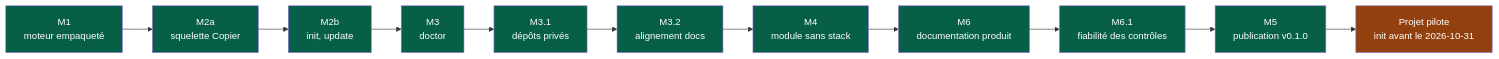
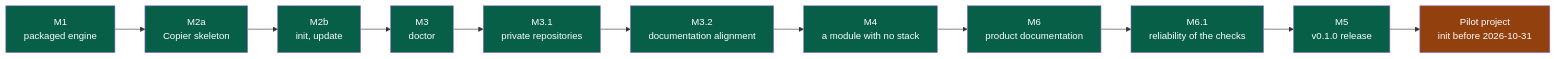
One commit to NapkinStack/engineering-os changed the diagram in docs/governance/plans/2026-09-15-engine-v0.1.0.md. Above: the diagram before and after it, drawn with Mermaid. The commit also changed other lines of this file and 1 other file, not shown here.

````diff
--- a/docs/governance/plans/2026-09-15-engine-v0.1.0.md
+++ b/docs/governance/plans/2026-09-15-engine-v0.1.0.md
@@ -48,18 +58,18 @@
 ```mermaid
 flowchart LR
-    M1["M1<br/>moteur empaqueté"]:::fait --> M2a["M2a<br/>squelette Copier"]:::fait
-    M2a --> M2b["M2b<br/>init, update"]:::fait
-    M2b --> M3["M3<br/>doctor"]:::fait
-    M3 --> M31["M3.1<br/>dépôts privés"]:::fait
-    M31 --> M32["M3.2<br/>alignement docs"]:::fait
-    M32 --> M4["M4<br/>module sans stack"]:::fait
-    M4 --> M6["M6<br/>documentation produit"]:::fait
-    M6 --> M61["M6.1<br/>fiabilité des contrôles"]:::fait
-    M61 --> M5["M5<br/>publication v0.1.0"]:::fait
-    M5 --> PP["Projet pilote<br/>init avant le 2026-10-31"]:::humain
+    M1["M1<br/>packaged engine"]:::done --> M2a["M2a<br/>Copier skeleton"]:::done
+    M2a --> M2b["M2b<br/>init, update"]:::done
+    M2b --> M3["M3<br/>doctor"]:::done
+    M3 --> M31["M3.1<br/>private repositories"]:::done
+    M31 --> M32["M3.2<br/>documentation alignment"]:::done
+    M32 --> M4["M4<br/>a module with no stack"]:::done
+    M4 --> M6["M6<br/>product documentation"]:::done
+    M6 --> M61["M6.1<br/>reliability of the checks"]:::done
+    M61 --> M5["M5<br/>v0.1.0 release"]:::done
+    M5 --> PP["Pilot project<br/>init before 2026-10-31"]:::human
 
-    classDef fait fill:#065f46,color:#fff
-    classDef encours fill:#1e3a8a,color:#fff
-    classDef afaire fill:#374151,color:#fff
-    classDef humain fill:#92400e,color:#fff
+    classDef done fill:#065f46,color:#fff
+    classDef wip fill:#1e3a8a,color:#fff
+    classDef todo fill:#374151,color:#fff
+    classDef human fill:#92400e,color:#fff
 ```
````
